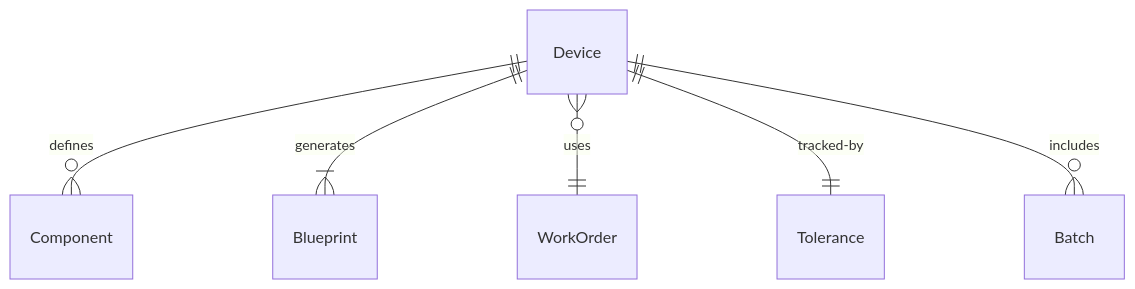
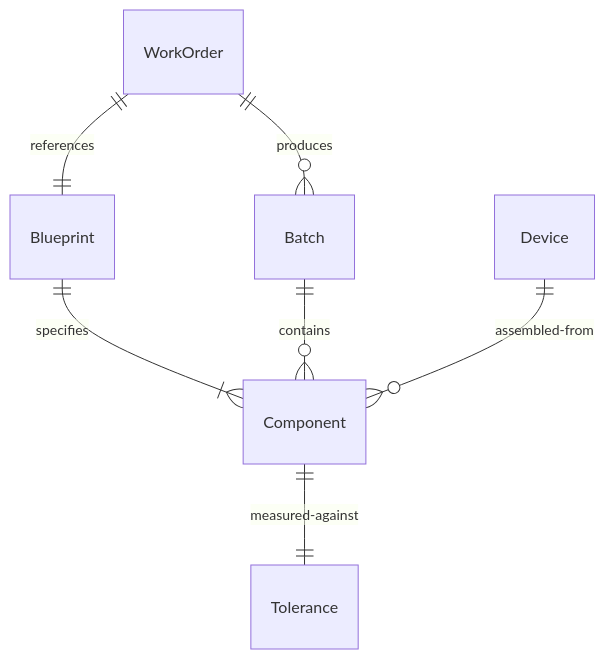
Before and after one commit to dot-org-ai/tasks.org.ai: the first of 4 diagrams in HandlingAndMovingObjects/FabricateDevicesOrComponents/FabricateDevicesComponents.mdx, drawn with Mermaid. The commit also changed other lines of this file and 515 other files, not shown here.

````diff
--- a/HandlingAndMovingObjects/FabricateDevicesOrComponents/FabricateDevicesComponents.mdx
+++ b/HandlingAndMovingObjects/FabricateDevicesOrComponents/FabricateDevicesComponents.mdx
@@ -89,8 +89,9 @@
 ```mermaid
 erDiagram
-    Device ||--o{ Component : "defines"
-    Device ||--|{ Blueprint : "generates"
-    Device }o--|| WorkOrder : "uses"
-    Device ||--|| Tolerance : "tracked-by"
-    Device ||--o{ Batch : "includes"
+    Blueprint ||--|{ Component : "specifies"
+    WorkOrder ||--o{ Batch : "produces"
+    Batch ||--o{ Component : "contains"
+    Component ||--|| Tolerance : "measured-against"
+    Device ||--o{ Component : "assembled-from"
+    WorkOrder ||--|| Blueprint : "references"
 ```
````
